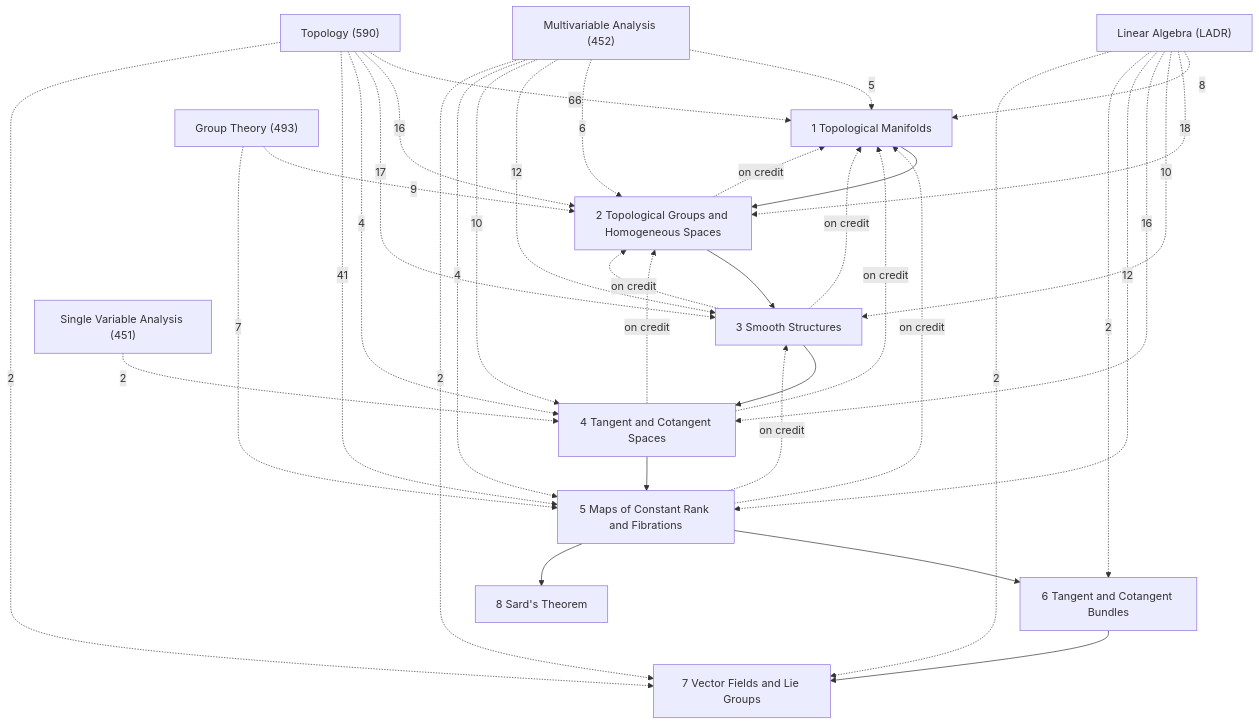
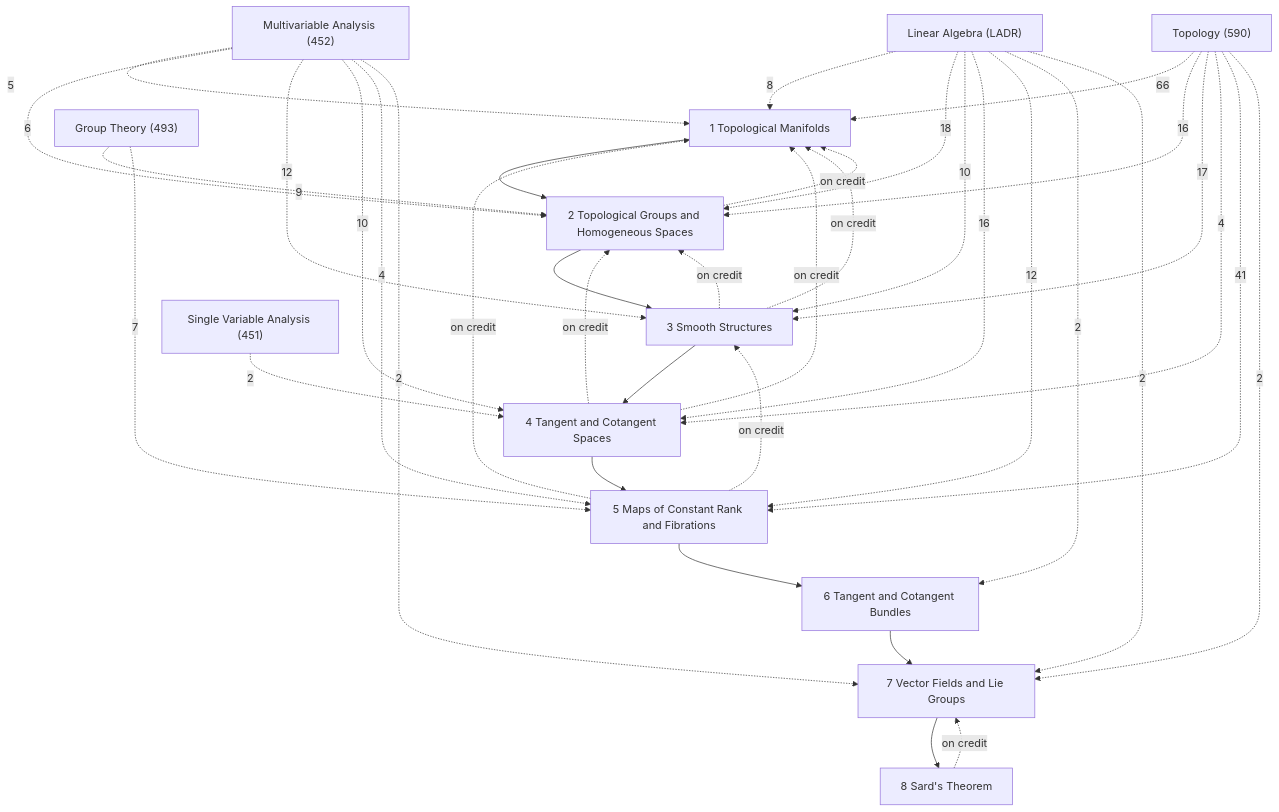
The diagram in Math/Differentiable Manifolds/Differentiable Manifolds.md (Onion20040508/notes), drawn with Mermaid before and after one commit. The commit also changed other lines of this file and 64 other files, not shown here.

````diff
--- a/Math/Differentiable Manifolds/Differentiable Manifolds.md
+++ b/Math/Differentiable Manifolds/Differentiable Manifolds.md
@@ -27,52 +27,53 @@
 ```mermaid
 graph TD
   C1["1 Topological Manifolds"]
   C2["2 Topological Groups and Homogeneous Spaces"]
   C3["3 Smooth Structures"]
   C4["4 Tangent and Cotangent Spaces"]
   C5["5 Maps of Constant Rank and Fibrations"]
   C6["6 Tangent and Cotangent Bundles"]
   C7["7 Vector Fields and Lie Groups"]
   C8["8 Sard's Theorem"]
   X1["Topology (590)"]
   X2["Multivariable Analysis (452)"]
   X3["Linear Algebra (LADR)"]
   X4["Group Theory (493)"]
   X5["Single Variable Analysis (451)"]
   C1 --> C2
   C2 --> C3
   C3 --> C4
   C4 --> C5
   C5 --> C6
-  C5 --> C8
   C6 --> C7
+  C7 --> C8
   C2 -.->|on credit| C1
   C3 -.->|on credit| C1
   C3 -.->|on credit| C2
   C4 -.->|on credit| C1
   C4 -.->|on credit| C2
   C5 -.->|on credit| C1
   C5 -.->|on credit| C3
+  C8 -.->|on credit| C7
   X4 -.->|9| C2
   X4 -.->|7| C5
   X3 -.->|8| C1
   X3 -.->|18| C2
   X3 -.->|10| C3
   X3 -.->|16| C4
   X3 -.->|12| C5
   X3 -.->|2| C6
   X3 -.->|2| C7
   X2 -.->|5| C1
   X2 -.->|6| C2
   X2 -.->|12| C3
   X2 -.->|10| C4
   X2 -.->|4| C5
   X2 -.->|2| C7
   X5 -.->|2| C4
   X1 -.->|66| C1
   X1 -.->|16| C2
   X1 -.->|17| C3
   X1 -.->|4| C4
   X1 -.->|41| C5
   X1 -.->|2| C7
 ```
````
